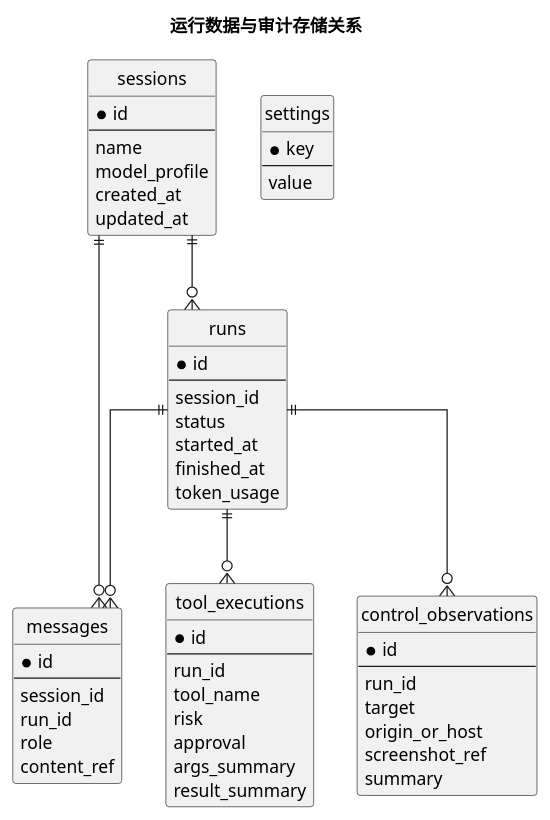
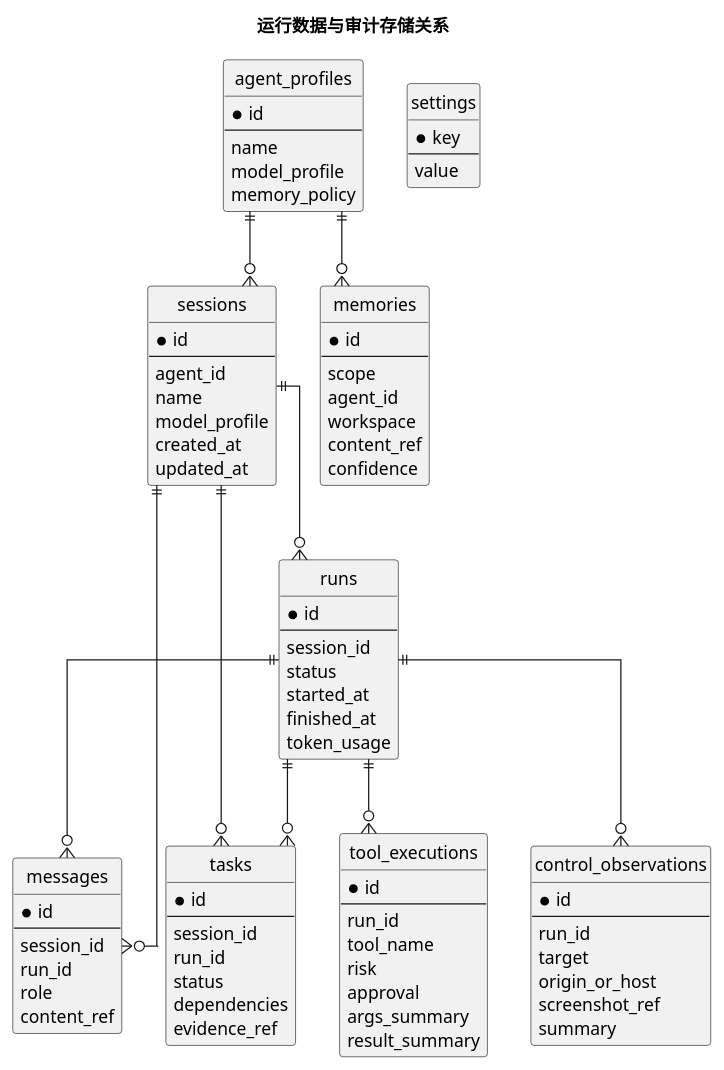
Before and after one commit to Amaz1ngJR/AgentLab: diagram 15 of 16 in docs/technical_architecture.md, drawn with PlantUML. The commit also changed other lines of this file and 11 other files, not shown here.

First line of the commit message:
feat: 实现多 Agent Profile、Session 切换与长期记忆

````diff
--- a/docs/technical_architecture.md
+++ b/docs/technical_architecture.md
@@ -1401,6 +1599,7 @@
 entity "sessions" as sessions {
   * id
   --
+  agent_id
   name
   model_profile
   created_at
@@ -1417,6 +1616,14 @@
   token_usage
 }
 
+entity "agent_profiles" as agents {
+  * id
+  --
+  name
+  model_profile
+  memory_policy
+}
+
 entity "messages" as messages {
   * id
   --
@@ -1424,6 +1631,26 @@
   run_id
   role
   content_ref
+}
+
+entity "tasks" as tasks {
+  * id
+  --
+  session_id
+  run_id
+  status
+  dependencies
+  evidence_ref
+}
+
+entity "memories" as memories {
+  * id
+  --
+  scope
+  agent_id
+  workspace
+  content_ref
+  confidence
 }
 
 entity "tool_executions" as tools {
@@ -1453,10 +1680,14 @@
   value
 }
 
+agents ||--o{ sessions
+agents ||--o{ memories
 sessions ||--o{ runs
 sessions ||--o{ messages
+sessions ||--o{ tasks
 runs ||--o{ messages
 runs ||--o{ tools
 runs ||--o{ observations
+runs ||--o{ tasks
 @enduml
 ```
````
